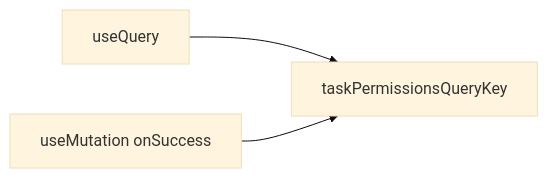
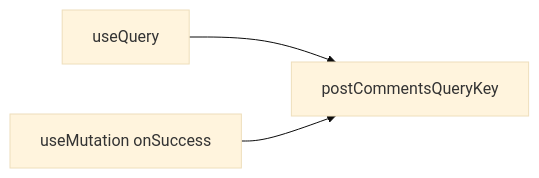
The first of 3 diagrams in apps/xndrjs-documentation/src/content/docs/blog/from-query-keys-to-application-resource-identifiers.md (xndrjs/toolkit), drawn with Mermaid (base theme) before and after one commit. The commit also changed other lines of this file and 3 other files, not shown here.

````diff
--- a/apps/xndrjs-documentation/src/content/docs/blog/from-query-keys-to-application-resource-identifiers.md
+++ b/apps/xndrjs-documentation/src/content/docs/blog/from-query-keys-to-application-resource-identifiers.md
@@ -52,5 +51,5 @@
 ```mermaid
 flowchart LR
-  A[useQuery] --> H[taskPermissionsQueryKey]
+  A[useQuery] --> H[postCommentsQueryKey]
   B[useMutation onSuccess] --> H
 ```
````
